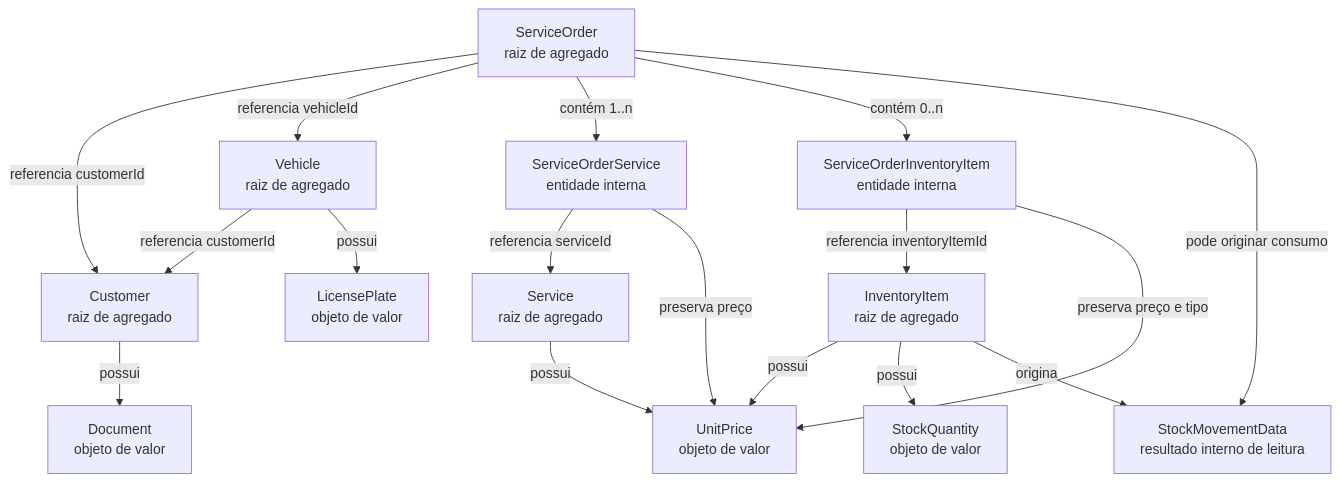
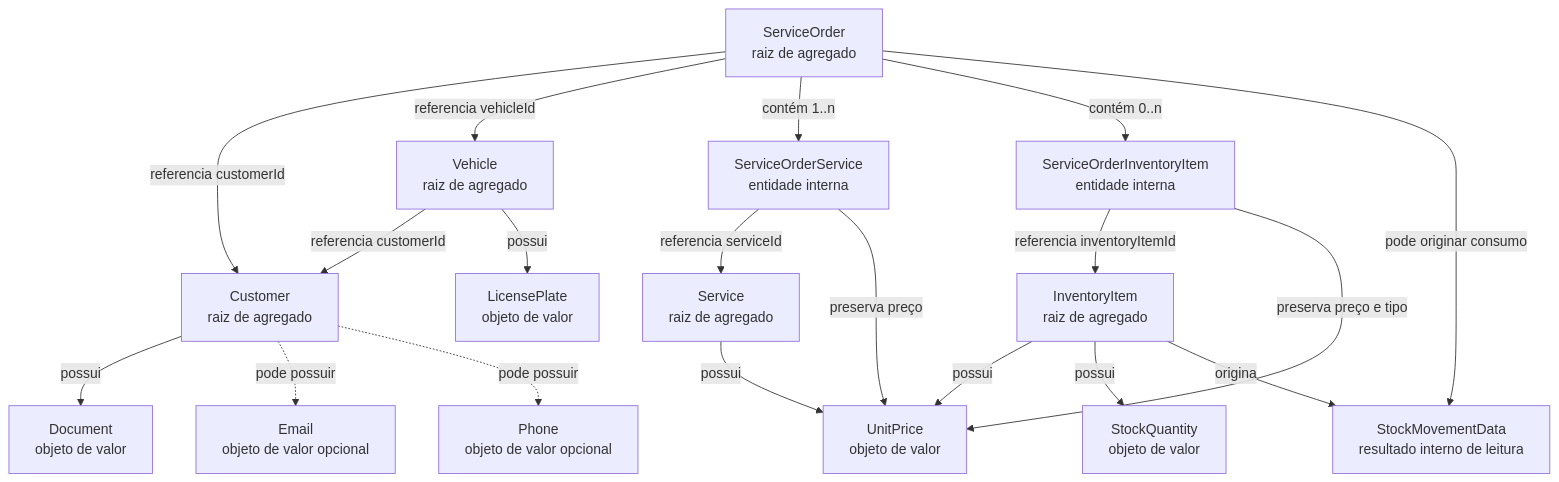
One commit to saranbruno/Tech-Challenge-Oficina changed the third of 8 diagrams in docs/ddd/diagrams.md. Above: the diagram before and after it, drawn with Mermaid. The commit also changed other lines of this file and 25 other files, not shown here.

````diff
--- a/docs/ddd/diagrams.md
+++ b/docs/ddd/diagrams.md
@@ -79,32 +79,36 @@
 ```mermaid
 flowchart TB
     CustomerRoot["Customer<br/>raiz de agregado"]
     Document["Document<br/>objeto de valor"]
+    Email["Email<br/>objeto de valor opcional"]
+    Phone["Phone<br/>objeto de valor opcional"]
     VehicleRoot["Vehicle<br/>raiz de agregado"]
     Plate["LicensePlate<br/>objeto de valor"]
     ServiceRoot["Service<br/>raiz de agregado"]
     InventoryRoot["InventoryItem<br/>raiz de agregado"]
     Stock["StockQuantity<br/>objeto de valor"]
     Movement["StockMovementData<br/>resultado interno de leitura"]
     OrderRoot["ServiceOrder<br/>raiz de agregado"]
     OrderService["ServiceOrderService<br/>entidade interna"]
     OrderInventory["ServiceOrderInventoryItem<br/>entidade interna"]
     UnitPrice["UnitPrice<br/>objeto de valor"]
 
     CustomerRoot -->|possui| Document
+    CustomerRoot -. pode possuir .-> Email
+    CustomerRoot -. pode possuir .-> Phone
     VehicleRoot -->|referencia customerId| CustomerRoot
     VehicleRoot -->|possui| Plate
     ServiceRoot -->|possui| UnitPrice
     InventoryRoot -->|possui| UnitPrice
     InventoryRoot -->|possui| Stock
     InventoryRoot -->|origina| Movement
     OrderRoot -->|referencia customerId| CustomerRoot
     OrderRoot -->|referencia vehicleId| VehicleRoot
     OrderRoot -->|contém 1..n| OrderService
     OrderRoot -->|contém 0..n| OrderInventory
     OrderService -->|referencia serviceId| ServiceRoot
     OrderService -->|preserva preço| UnitPrice
     OrderInventory -->|referencia inventoryItemId| InventoryRoot
     OrderInventory -->|preserva preço e tipo| UnitPrice
     OrderRoot -->|pode originar consumo| Movement
 ```
````
